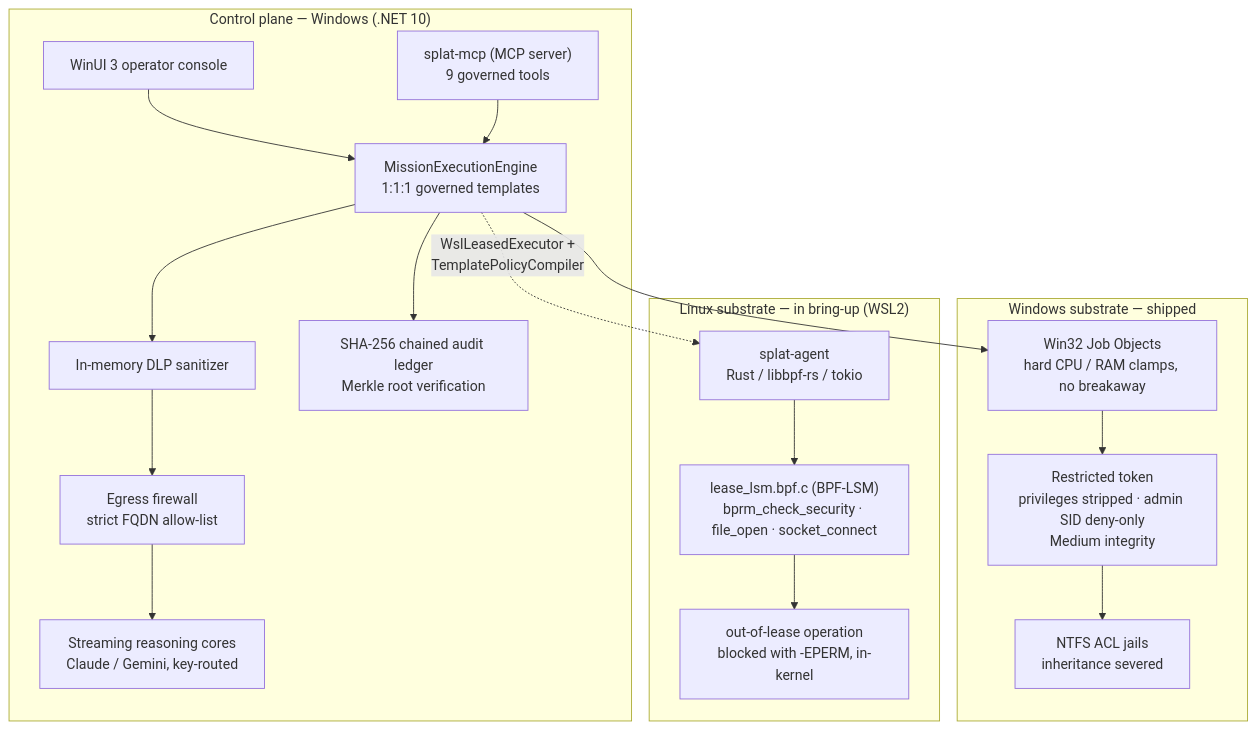
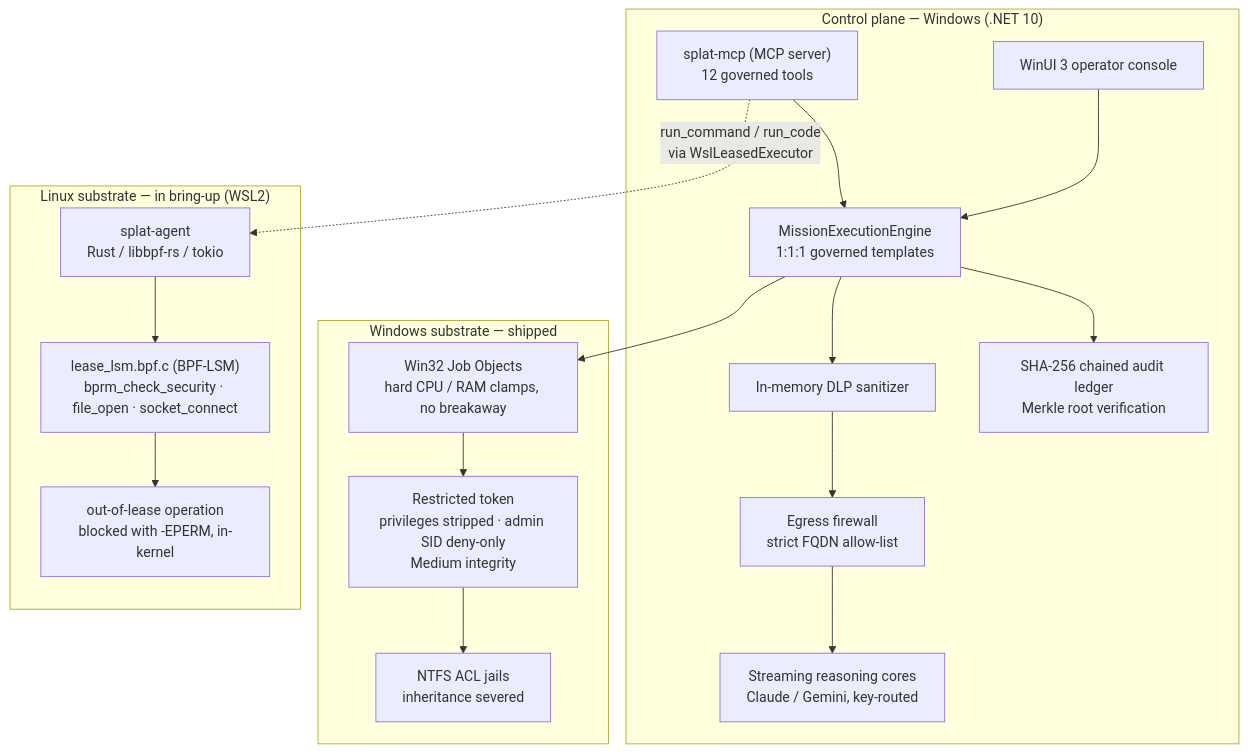
One commit to Spplatten/SPLAT changed the diagram in README.md. Above: the diagram before and after it, drawn with Mermaid. The commit also changed other lines of this file and 11 other files, not shown here.

````diff
--- a/README.md
+++ b/README.md
@@ -53,25 +53,25 @@
 ```mermaid
 flowchart TD
     subgraph CP["Control plane — Windows (.NET 10)"]
         UI["WinUI 3 operator console"] --> ENG["MissionExecutionEngine<br/>1:1:1 governed templates"]
-        MCP["splat-mcp (MCP server)<br/>9 governed tools"] --> ENG
+        MCP["splat-mcp (MCP server)<br/>12 governed tools"] --> ENG
         ENG --> DLP["In-memory DLP sanitizer"]
         DLP --> FW["Egress firewall<br/>strict FQDN allow-list"]
         FW --> AI["Streaming reasoning cores<br/>Claude / Gemini, key-routed"]
         ENG --> LED["SHA-256 chained audit ledger<br/>Merkle root verification"]
     end
     subgraph WIN["Windows substrate — shipped"]
         JO["Win32 Job Objects<br/>hard CPU / RAM clamps, no breakaway"]
         RT["Restricted token<br/>privileges stripped · admin SID deny-only<br/>Medium integrity"]
         JAIL["NTFS ACL jails<br/>inheritance severed"]
         JO --> RT --> JAIL
     end
     subgraph LNX["Linux substrate — in bring-up (WSL2)"]
         AGENT["splat-agent<br/>Rust / libbpf-rs / tokio"]
         LSM["lease_lsm.bpf.c (BPF-LSM)<br/>bprm_check_security · file_open · socket_connect"]
         EPERM["out-of-lease operation<br/>blocked with -EPERM, in-kernel"]
         AGENT --> LSM --> EPERM
     end
     ENG --> JO
-    ENG -.->|WslLeasedExecutor +<br/>TemplatePolicyCompiler| AGENT
+    MCP -.->|run_command / run_code<br/>via WslLeasedExecutor| AGENT
 ```
````
